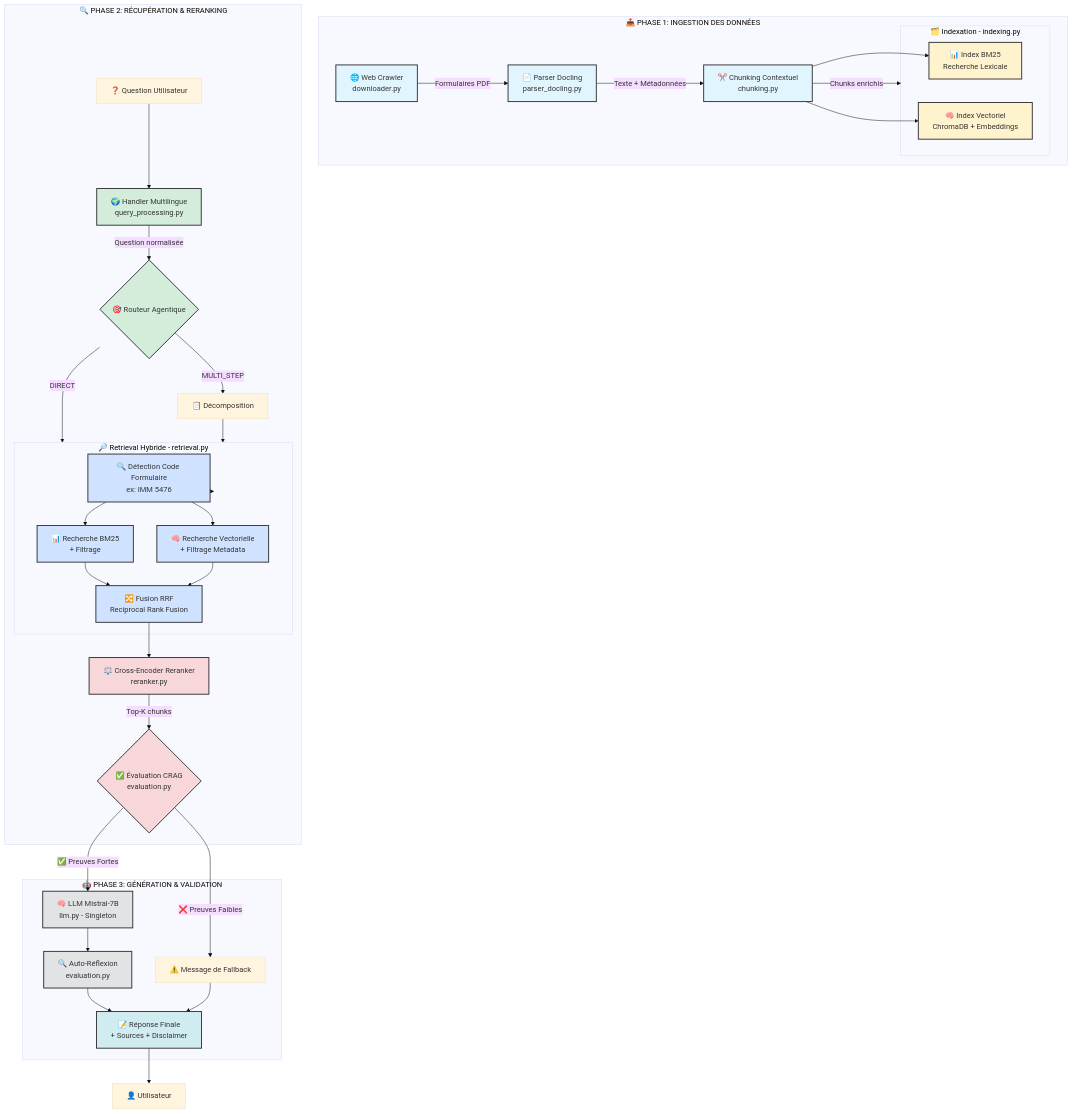
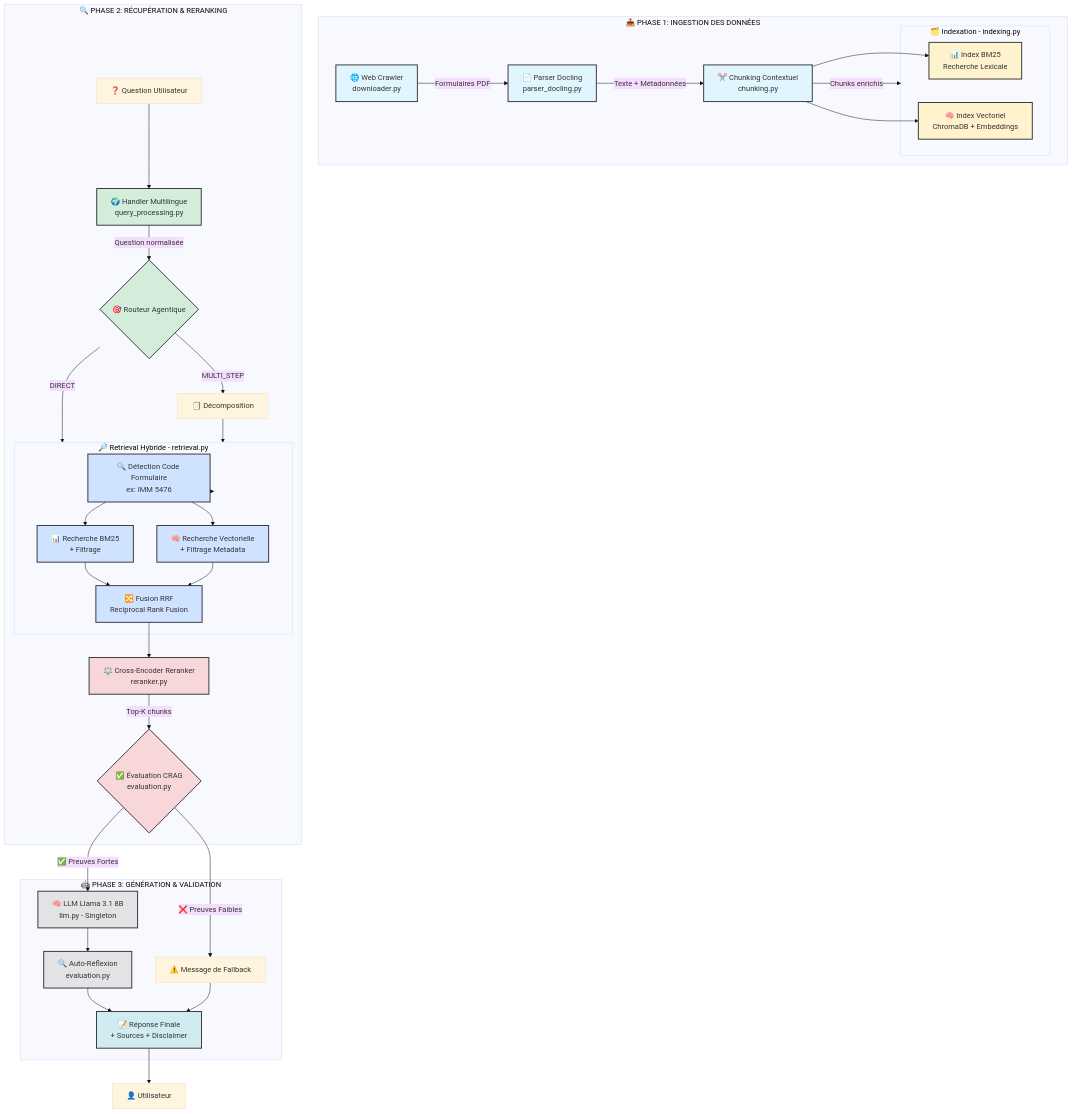
Before and after one commit to abdelmajidlra/rag-formulaire: the diagram in README.md, drawn with Mermaid (base theme). The commit also changed other lines of this file and 4 other files, not shown here.

````diff
--- a/README.md
+++ b/README.md
@@ -91,74 +91,74 @@
 ```mermaid
 graph TB
     subgraph "📥 PHASE 1: INGESTION DES DONNÉES"
         A[🌐 Web Crawler<br/>downloader.py] -->|Formulaires PDF| B[📄 Parser Docling<br/>parser_docling.py]
         B -->|Texte + Métadonnées| C[✂️ Chunking Contextuel<br/>chunking.py]
         C -->|Chunks enrichis| D[🗂️ Indexation]
         
         subgraph D[🗂️ Indexation - indexing.py]
             D1[📊 Index BM25<br/>Recherche Lexicale]
             D2[🧠 Index Vectoriel<br/>ChromaDB + Embeddings]
         end
         
         C --> D1
         C --> D2
     end
     
     subgraph "🔍 PHASE 2: RÉCUPÉRATION & RERANKING"
         E[❓ Question Utilisateur] --> F[🌍 Handler Multilingue<br/>query_processing.py]
         F -->|Question normalisée| G{🎯 Routeur Agentique}
         
         G -->|DIRECT| H[🔎 Retrieval Hybride]
         G -->|MULTI_STEP| I[📋 Décomposition]
         I --> H
         
         subgraph H[🔎 Retrieval Hybride - retrieval.py]
             H1[🔍 Détection Code Formulaire<br/>ex: IMM 5476]
             H2[📊 Recherche BM25<br/>+ Filtrage]
             H3[🧠 Recherche Vectorielle<br/>+ Filtrage Metadata]
             H4[🔀 Fusion RRF<br/>Reciprocal Rank Fusion]
         end
         
         H --> H1
         H1 --> H2
         H1 --> H3
         H2 --> H4
         H3 --> H4
         
         H4 --> J[⚖️ Cross-Encoder Reranker<br/>reranker.py]
         J -->|Top-K chunks| K{✅ Évaluation CRAG<br/>evaluation.py}
     end
     
     subgraph "🤖 PHASE 3: GÉNÉRATION & VALIDATION"
-        K -->|✅ Preuves Fortes| L[🧠 LLM Mistral-7B<br/>llm.py - Singleton]
+        K -->|✅ Preuves Fortes| L[🧠 LLM Llama 3.1 8B<br/>llm.py - Singleton]
         K -->|❌ Preuves Faibles| M[⚠️ Message de Fallback]
         
         L --> N[🔍 Auto-Réflexion<br/>evaluation.py]
         N --> O[📝 Réponse Finale<br/>+ Sources + Disclaimer]
         M --> O
     end
     
     O --> P[👤 Utilisateur]
     
     style A fill:#e1f5ff
     style B fill:#e1f5ff
     style C fill:#e1f5ff
     style D1 fill:#fff3cd
     style D2 fill:#fff3cd
     style F fill:#d4edda
     style G fill:#d4edda
     style H1 fill:#cfe2ff
     style H2 fill:#cfe2ff
     style H3 fill:#cfe2ff
     style H4 fill:#cfe2ff
     style J fill:#f8d7da
     style K fill:#f8d7da
     style L fill:#e2e3e5
     style N fill:#e2e3e5
     style O fill:#d1ecf1
     
     classDef phaseStyle stroke:#333,stroke-width:2px
     class A,B,C,D1,D2 phaseStyle
     class F,G,H1,H2,H3,H4,J,K phaseStyle
     class L,N,O phaseStyle
 ```
````
